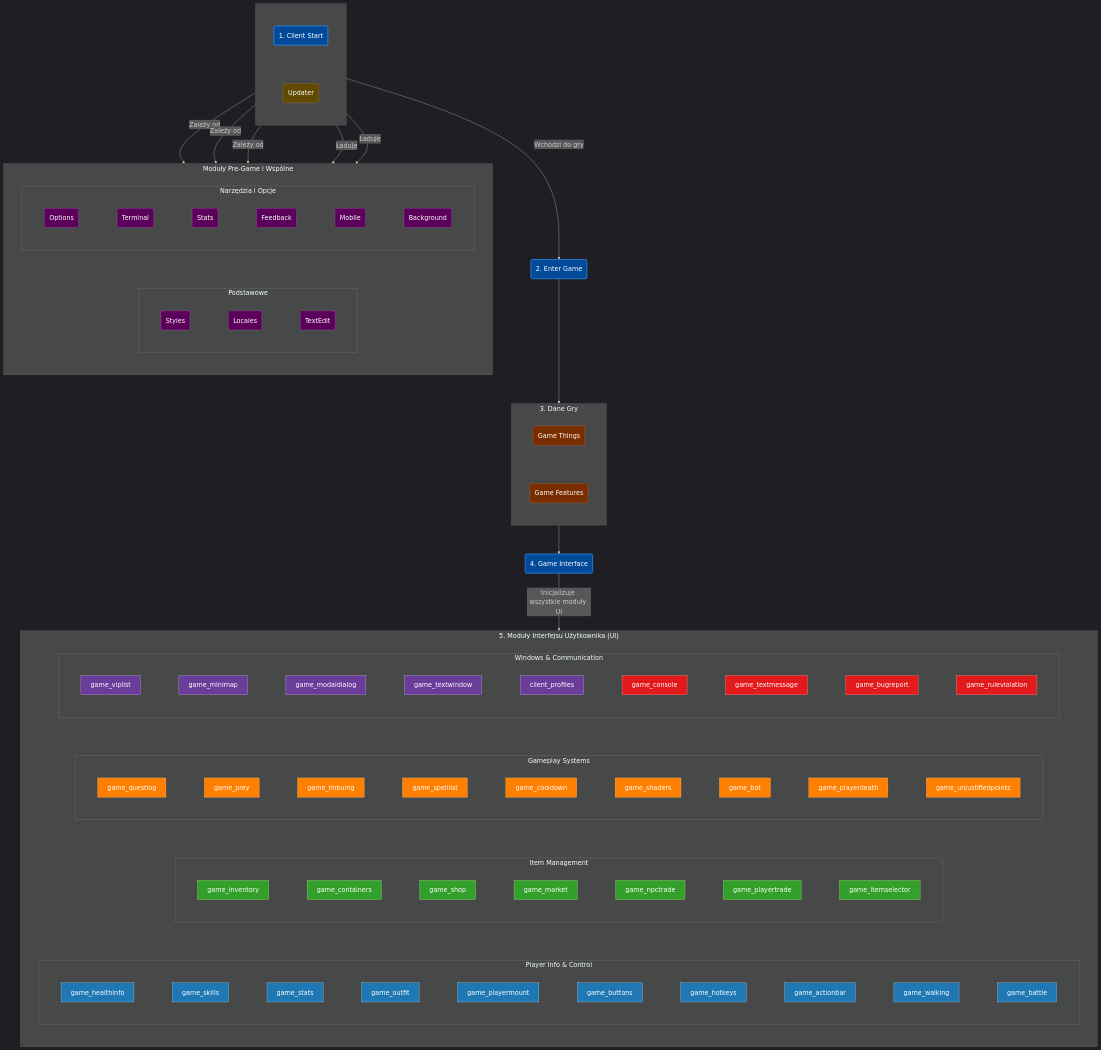
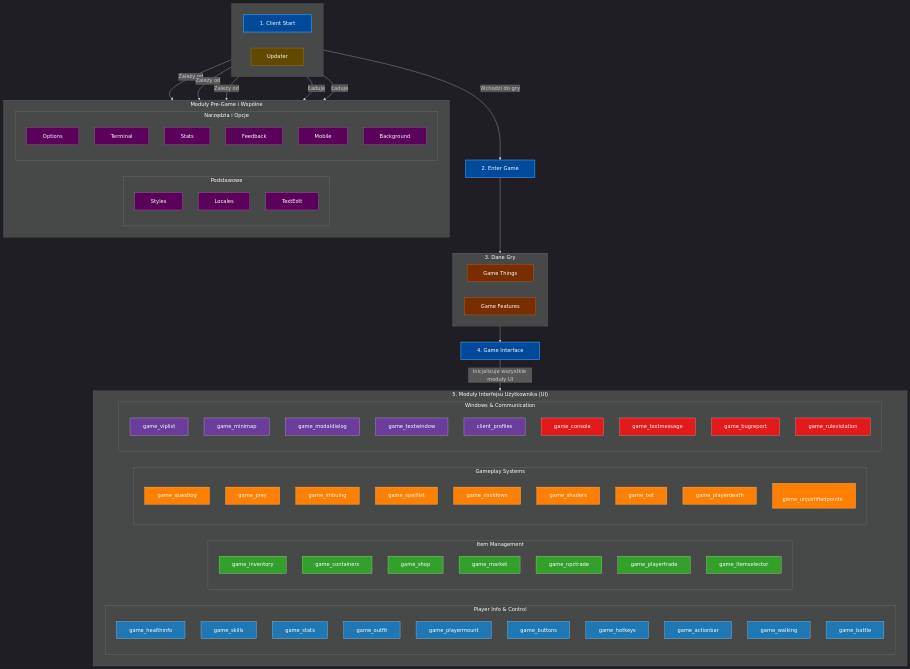
One commit to lukaszj321/otcv8-dev changed the diagram in docs/copilot/diagrams/modules_repo_dag.mmd. Above: the diagram before and after it, drawn with Mermaid.

```diff
--- a/docs/copilot/diagrams/modules_repo_dag.mmd
+++ b/docs/copilot/diagrams/modules_repo_dag.mmd
@@ -1,123 +1,113 @@
-%%{init: {
-    "theme":"dark", 
-    "flowchart": {
-        "curve": "basis",
-        "nodeSpacing": 120,
-        "rankSpacing": 90
-    },
-    "themeVariables": {
-        "fontSize": "20px"
-    }
-}}%%
+%%{init: {"theme":"dark", "flowchart": {"curve": "basis"}}}%%
 graph TD
 
 %% ===================================================================
 %% DEFINICJE STYLÓW (KLAS)
 %% ===================================================================
 classDef core fill:#004a99,color:#fff,stroke:#3399ff,stroke-width:2px;
 classDef pregame fill:#5b005b,color:#fff,stroke:#ad66ad;
 classDef gamedata fill:#792e00,color:#fff,stroke:#c26d39;
 classDef utils fill:#614a00,color:#fff,stroke:#a68333;
 classDef ui_player fill:#1f78b4,color:#fff,stroke:#a6cee3;
 classDef ui_items fill:#33a02c,color:#fff,stroke:#b2df8a;
 classDef ui_comms fill:#e31a1c,color:#fff,stroke:#fb9a99;
 classDef ui_systems fill:#ff7f00,color:#fff,stroke:#fdbf6f;
 classDef ui_windows fill:#6a3d9a,color:#fff,stroke:#cab2d6;
 
 %% ===================================================================
 %% GŁÓWNY PRZEPŁYW APLIKACJI
 %% ===================================================================
 subgraph " "
     direction LR
-    client("1. Client Start")
-    updater("Updater")
+    client["&nbsp; &nbsp; 1. Client Start &nbsp; &nbsp;"]
+    updater["&nbsp; &nbsp; Updater &nbsp; &nbsp;"]
 end
 
 client -- "Ładuje" --> PreGameModules
-client -- "Wchodzi do gry" --> client_entergame("2. Enter Game")
+client -- "Wchodzi do gry" --> client_entergame["&nbsp; &nbsp; 2. Enter Game &nbsp; &nbsp;"]
 
 %% ===================================================================
 %% MODUŁY PRE-GAME
 %% ===================================================================
 subgraph PreGameModules["Moduły Pre-Game i Wspólne"]
     direction LR
     subgraph "Podstawowe"
         direction TB
-        client_styles("Styles")
-        client_locales("Locales")
-        client_textedit("TextEdit")
+        client_styles["&nbsp; &nbsp; Styles &nbsp; &nbsp;"]
+        client_locales["&nbsp; &nbsp; Locales &nbsp; &nbsp;"]
+        client_textedit["&nbsp; &nbsp; TextEdit &nbsp; &nbsp;"]
     end
     subgraph "Narzędzia i Opcje"
         direction TB
-        client_options("Options")
-        client_terminal("Terminal")
-        client_stats("Stats")
-        client_feedback("Feedback")
-        client_mobile("Mobile")
-        client_background("Background")
+        client_options["&nbsp; &nbsp; Options &nbsp; &nbsp;"]
+        client_terminal["&nbsp; &nbsp; Terminal &nbsp; &nbsp;"]
+        client_stats["&nbsp; &nbsp; Stats &nbsp; &nbsp;"]
+        client_feedback["&nbsp; &nbsp; Feedback &nbsp; &nbsp;"]
+        client_mobile["&nbsp; &nbsp; Mobile &nbsp; &nbsp;"]
+        client_background["&nbsp; &nbsp; Background &nbsp; &nbsp;"]
     end
 end
 
 %% ===================================================================
 %% LOGIKA I DANE GRY
 %% ===================================================================
 client_entergame --> GameDataModules
 subgraph GameDataModules["3. Dane Gry"]
     direction LR
-    game_things("Game Things")
-    game_features("Game Features")
+    game_things["&nbsp; &nbsp; Game Things &nbsp; &nbsp;"]
+    game_features["&nbsp; &nbsp; Game Features &nbsp; &nbsp;"]
 end
 
-GameDataModules --> game_interface("4. Game Interface")
+GameDataModules --> game_interface["&nbsp; &nbsp; 4. Game Interface &nbsp; &nbsp;"]
 
 %% ===================================================================
 %% MODUŁY INTERFEJSU UŻYTKOWNIKA (UI)
 %% ===================================================================
 game_interface -- "Inicjalizuje wszystkie moduły UI" --> GameUIModules
 
 subgraph GameUIModules["5. Moduły Interfejsu Użytkownika (UI)"]
     direction LR
     
     subgraph "Player Info & Control"
         direction TB
-        game_healthinfo; game_skills; game_stats_ui[game_stats]; game_outfit; game_playermount
-        game_buttons; game_hotkeys; game_actionbar; game_walking; game_battle
+        game_healthinfo["&nbsp; game_healthinfo &nbsp;"]; game_skills["&nbsp; game_skills &nbsp;"]; game_stats_ui["&nbsp; game_stats &nbsp;"]; game_outfit["&nbsp; game_outfit &nbsp;"]; game_playermount["&nbsp; game_playermount &nbsp;"]
+        game_buttons["&nbsp; game_buttons &nbsp;"]; game_hotkeys["&nbsp; game_hotkeys &nbsp;"]; game_actionbar["&nbsp; game_actionbar &nbsp;"]; game_walking["&nbsp; game_walking &nbsp;"]; game_battle["&nbsp; game_battle &nbsp;"]
     end
     
     subgraph "Item Management"
         direction TB
-        game_inventory; game_containers; game_shop; game_market
-        game_npctrade; game_playertrade; game_itemselector
+        game_inventory["&nbsp; game_inventory &nbsp;"]; game_containers["&nbsp; game_containers &nbsp;"]; game_shop["&nbsp; game_shop &nbsp;"]; game_market["&nbsp; game_market &nbsp;"]
+        game_npctrade["&nbsp; game_npctrade &nbsp;"]; game_playertrade["&nbsp; game_playertrade &nbsp;"]; game_itemselector["&nbsp; game_itemselector &nbsp;"]
     end
 
     subgraph "Gameplay Systems"
         direction TB
-        game_questlog; game_prey; game_imbuing; game_spelllist; game_cooldown
-        game_shaders; game_bot; game_playerdeath; game_unjustifiedpoints
+        game_questlog["&nbsp; game_questlog &nbsp;"]; game_prey["&nbsp; game_prey &nbsp;"]; game_imbuing["&nbsp; game_imbuing &nbsp;"]; game_spelllist["&nbsp; game_spelllist &nbsp;"]; game_cooldown["&nbsp; game_cooldown &nbsp;"]
+        game_shaders["&nbsp; game_shaders &nbsp;"]; game_bot["&nbsp; game_bot &nbsp;"]; game_playerdeath["&nbsp; game_playerdeath &nbsp;"]; game_unjustifiedpoints["&nbsp; game_unjustifiedpoints &nbsp;"]
     end
 
     subgraph "Windows & Communication"
         direction TB
-        game_viplist; game_minimap; game_modaldialog; game_textwindow; client_profiles
-        game_console; game_textmessage; game_bugreport; game_ruleviolation
+        game_viplist["&nbsp; game_viplist &nbsp;"]; game_minimap["&nbsp; game_minimap &nbsp;"]; game_modaldialog["&nbsp; game_modaldialog &nbsp;"]; game_textwindow["&nbsp; game_textwindow &nbsp;"]; client_profiles["&nbsp; client_profiles &nbsp;"]
+        game_console["&nbsp; game_console &nbsp;"]; game_textmessage["&nbsp; game_textmessage &nbsp;"]; game_bugreport["&nbsp; game_bugreport &nbsp;"]; game_ruleviolation["&nbsp; game_ruleviolation &nbsp;"]
     end
 end
 
 %% ===================================================================
 %% ZALEŻNOŚCI NARZĘDZI ZEWNĘTRZNYCH
 %% ===================================================================
 updater -- "Zależy od" --> client_locales & client_styles & client_textedit
 updater -- "Ładuje" --> client_background
 
 %% ===================================================================
 %% PRZYPISANIE STYLÓW DO WĘZŁÓW
 %% ===================================================================
 class client,client_entergame,game_interface core;
 class client_styles,client_locales,client_textedit,client_background,client_options,client_terminal,client_stats,client_feedback,client_mobile pregame;
 class game_things,game_features gamedata;
 class updater utils;
 class game_healthinfo,game_skills,game_stats_ui,game_outfit,game_playermount,game_buttons,game_hotkeys,game_actionbar,game_walking,game_battle ui_player;
 class game_inventory,game_containers,game_shop,game_market,game_npctrade,game_playertrade,game_itemselector ui_items;
 class game_questlog,game_prey,game_imbuing,game_spelllist,game_cooldown,game_shaders,game_bot,game_playerdeath,game_unjustifiedpoints ui_systems;
 class game_viplist,game_minimap,game_modaldialog,game_textwindow,client_profiles ui_windows;
 class game_console,game_textmessage,game_bugreport,game_ruleviolation ui_comms;
```
